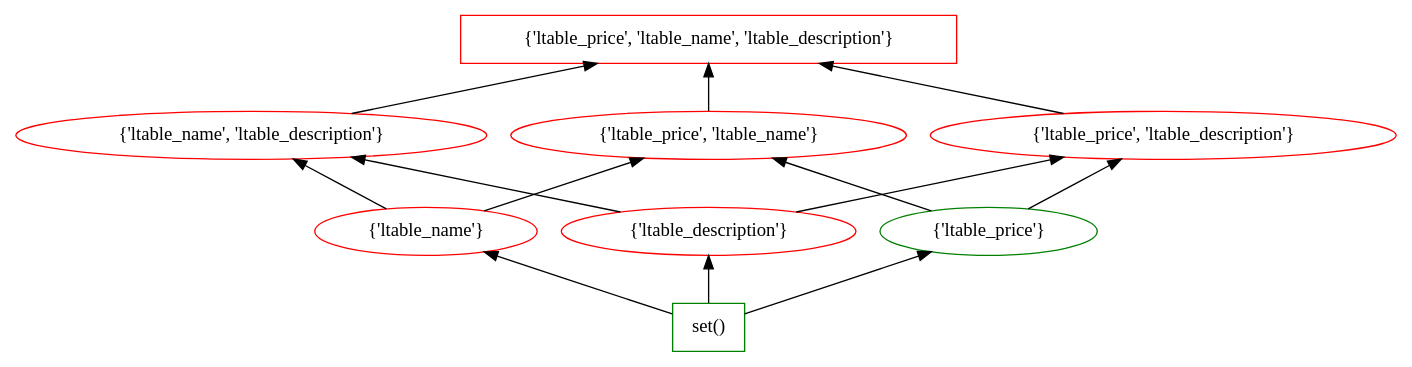
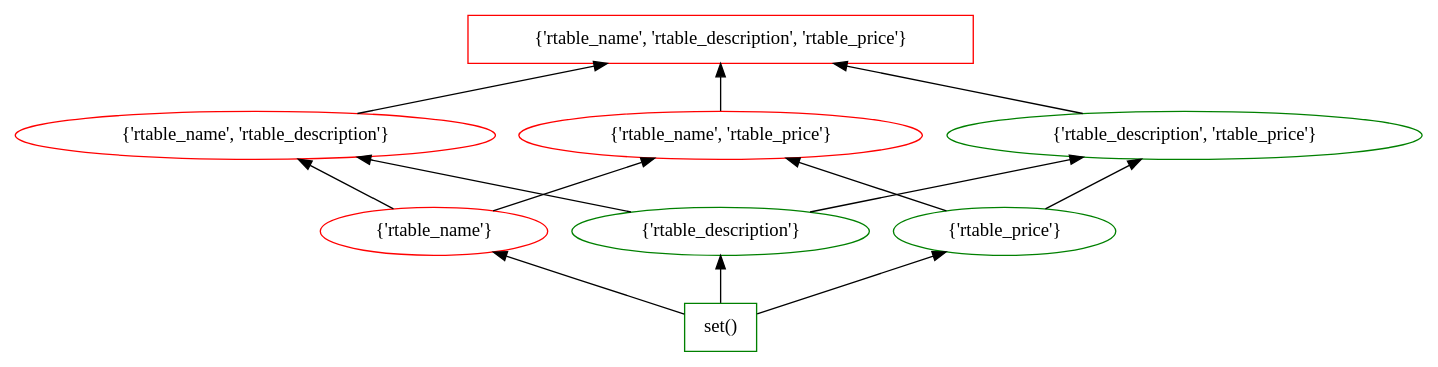
One commit to tteofili/certem changed the diagram in data/abt_buy/ditto/6/lattice_1.dot. Above: the diagram before and after it, drawn with Graphviz. The commit also changed 125 other files, not shown here.

```diff
--- a/data/abt_buy/ditto/6/lattice_1.dot
+++ b/data/abt_buy/ditto/6/lattice_1.dot
@@ -1,26 +1,26 @@
 digraph G {
 splines="line"
 rankdir=BT
-"{'ltable_price', 'ltable_name', 'ltable_description'}" [shape=box];
+"{'rtable_name', 'rtable_description', 'rtable_price'}" [shape=box];
 "set()" [shape=box];
 "set()" [color=green];
-"set()" -> "{'ltable_name'}";
-"set()" -> "{'ltable_description'}";
-"set()" -> "{'ltable_price'}";
-"{'ltable_name'}" [color=red];
-"{'ltable_name'}" -> "{'ltable_name', 'ltable_description'}";
-"{'ltable_name'}" -> "{'ltable_price', 'ltable_name'}";
-"{'ltable_description'}" [color=red];
-"{'ltable_description'}" -> "{'ltable_name', 'ltable_description'}";
-"{'ltable_description'}" -> "{'ltable_price', 'ltable_description'}";
-"{'ltable_price'}" [color=green];
-"{'ltable_price'}" -> "{'ltable_price', 'ltable_name'}";
-"{'ltable_price'}" -> "{'ltable_price', 'ltable_description'}";
-"{'ltable_name', 'ltable_description'}" [color=red];
-"{'ltable_name', 'ltable_description'}" -> "{'ltable_price', 'ltable_name', 'ltable_description'}";
-"{'ltable_price', 'ltable_name'}" [color=red];
-"{'ltable_price', 'ltable_name'}" -> "{'ltable_price', 'ltable_name', 'ltable_description'}";
-"{'ltable_price', 'ltable_description'}" [color=red];
-"{'ltable_price', 'ltable_description'}" -> "{'ltable_price', 'ltable_name', 'ltable_description'}";
-"{'ltable_price', 'ltable_name', 'ltable_description'}" [color=red];
+"set()" -> "{'rtable_name'}";
+"set()" -> "{'rtable_description'}";
+"set()" -> "{'rtable_price'}";
+"{'rtable_name'}" [color=red];
+"{'rtable_name'}" -> "{'rtable_name', 'rtable_description'}";
+"{'rtable_name'}" -> "{'rtable_name', 'rtable_price'}";
+"{'rtable_description'}" [color=green];
+"{'rtable_description'}" -> "{'rtable_name', 'rtable_description'}";
+"{'rtable_description'}" -> "{'rtable_description', 'rtable_price'}";
+"{'rtable_price'}" [color=green];
+"{'rtable_price'}" -> "{'rtable_name', 'rtable_price'}";
+"{'rtable_price'}" -> "{'rtable_description', 'rtable_price'}";
+"{'rtable_name', 'rtable_description'}" [color=red];
+"{'rtable_name', 'rtable_description'}" -> "{'rtable_name', 'rtable_description', 'rtable_price'}";
+"{'rtable_name', 'rtable_price'}" [color=red];
+"{'rtable_name', 'rtable_price'}" -> "{'rtable_name', 'rtable_description', 'rtable_price'}";
+"{'rtable_description', 'rtable_price'}" [color=green];
+"{'rtable_description', 'rtable_price'}" -> "{'rtable_name', 'rtable_description', 'rtable_price'}";
+"{'rtable_name', 'rtable_description', 'rtable_price'}" [color=red];
 }
```
